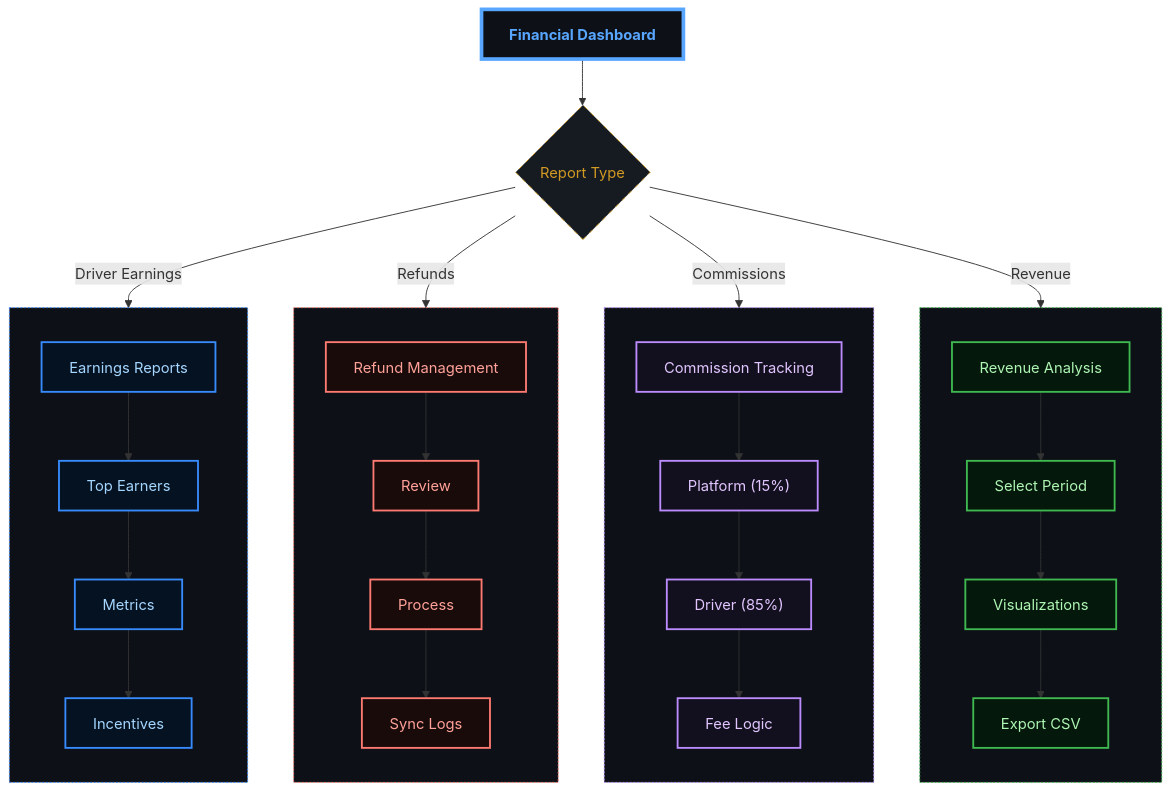
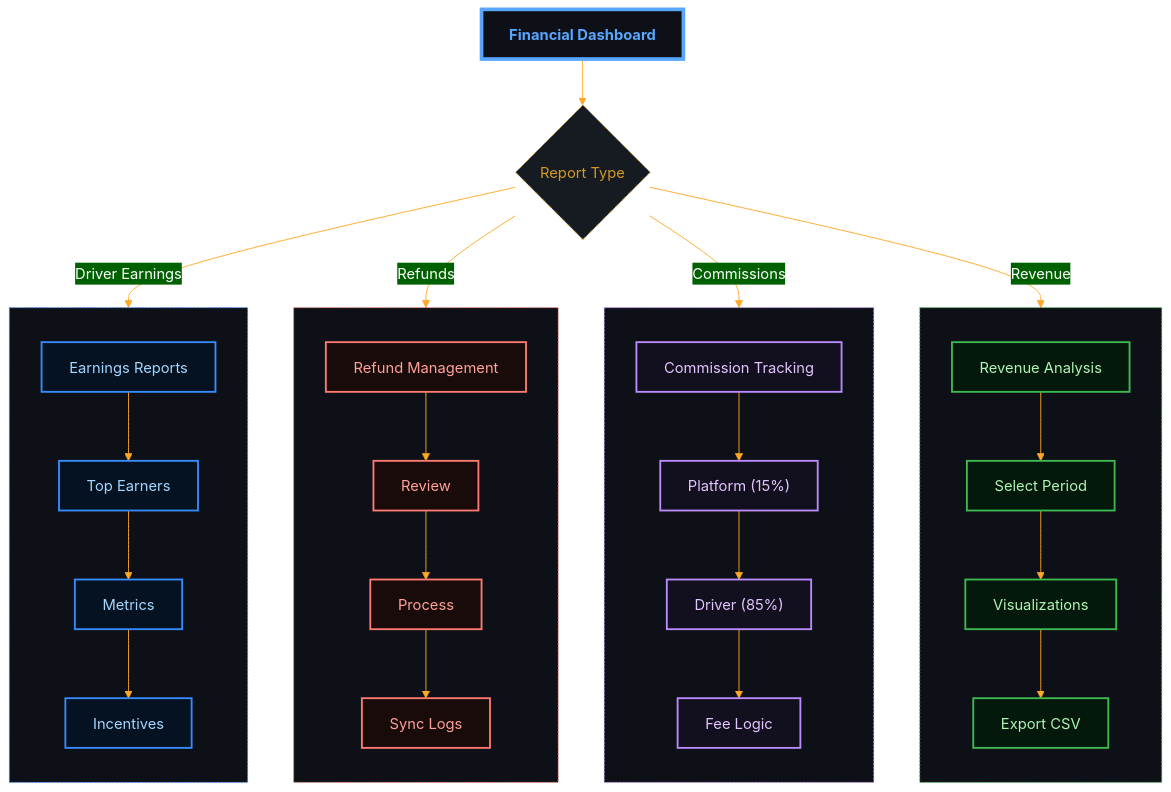
Diagram 14 of 17 in docs/BUSINESS_PROCESSES.md (abdoElHodaky/transportapp), drawn with Mermaid before and after one commit. The commit also changed other lines of this file and 9 other files, not shown here.

First line of the commit message:
🎨 Apply gradient-dark theme to all Mermaid diagrams

````diff
--- a/docs/BUSINESS_PROCESSES.md
+++ b/docs/BUSINESS_PROCESSES.md
@@ -402,74 +415,73 @@
 ```mermaid
-  flowchart TD
+%%{init: {'theme':'base', 'themeVariables': {'primaryColor':'#ff6b6b','primaryTextColor':'#fff','primaryBorderColor':'#ff6b6b','lineColor':'#ffa726','sectionBkgColor':'#ff6b6b','altSectionBkgColor':'#fff','gridColor':'#fff','secondaryColor':'#006100','tertiaryColor':'#fff'}}}%%
+flowchart TD
     %% Node Definitions
     A["Financial Dashboard"] --> B{"Report Type"}
     
     B -->|Revenue| C["Revenue Analysis"]
     B -->|Commissions| D["Commission Tracking"]
     B -->|Refunds| E["Refund Management"]
     B -->|Driver Earnings| F["Earnings Reports"]
     
     subgraph RevenueFlow[" "]
         direction TB
         C --> G["Select Period"]
         G --> H["Visualizations"]
         H --> I["Export CSV"]
     end
     
     subgraph CommissionFlow[" "]
         direction TB
         D --> J["Platform (15%)"]
         J --> K["Driver (85%)"]
         K --> L["Fee Logic"]
     end
     
     subgraph RefundFlow[" "]
         direction TB
         E --> M["Review"]
         M --> N["Process"]
         N --> O["Sync Logs"]
     end
     
     subgraph EarningsFlow[" "]
         direction TB
         F --> P["Top Earners"]
         P --> Q["Metrics"]
         Q --> R["Incentives"]
     end
 
     %% --- DARK GRADIENT & GLOW STYLING ---
     
     %% Main Dashboard (Neon Cyan/Blue)
     classDef main fill:#0d1117,stroke:#58a6ff,stroke-width:4px,color:#58a6ff,font-weight:bold;
     
     %% Decision Diamond (Gold Glow)
     classDef decision fill:#161b22,stroke:#d29922,color:#d29922,stroke-dasharray: 5 5;
     
     %% Revenue (Emerald Gradient Style)
     classDef revNode fill:#04190b,stroke:#3fb950,color:#aff5b4,stroke-width:2px;
     
     %% Commission (Purple Gradient Style)
     classDef commNode fill:#12101e,stroke:#bc8cff,color:#e2c5ff,stroke-width:2px;
     
     %% Refund (Ruby Gradient Style)
     classDef refNode fill:#1a0b0b,stroke:#ff7b72,color:#ffa198,stroke-width:2px;
     
     %% Earnings (Sapphire Gradient Style)
     classDef earnNode fill:#051221,stroke:#388bfd,color:#a5d6ff,stroke-width:2px;
 
     %% Applying Classes
     class A main;
     class B decision;
     class C,G,H,I revNode;
     class D,J,K,L commNode;
     class E,M,N,O refNode;
     class F,P,Q,R earnNode;
 
     %% Subgraph Blending
     style RevenueFlow fill:#0d1117,stroke:#3fb950,stroke-width:1px,stroke-dasharray: 2
     style CommissionFlow fill:#0d1117,stroke:#bc8cff,stroke-width:1px,stroke-dasharray: 2
     style RefundFlow fill:#0d1117,stroke:#ff7b72,stroke-width:1px,stroke-dasharray: 2
     style EarningsFlow fill:#0d1117,stroke:#388bfd,stroke-width:1px,stroke-dasharray: 2
-    
-    
 ```
````
